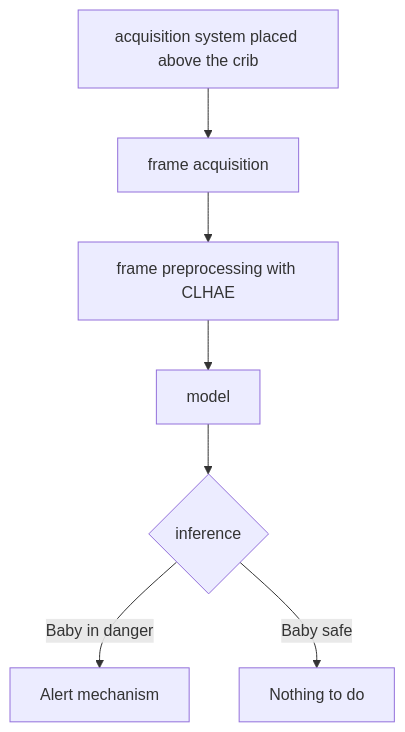
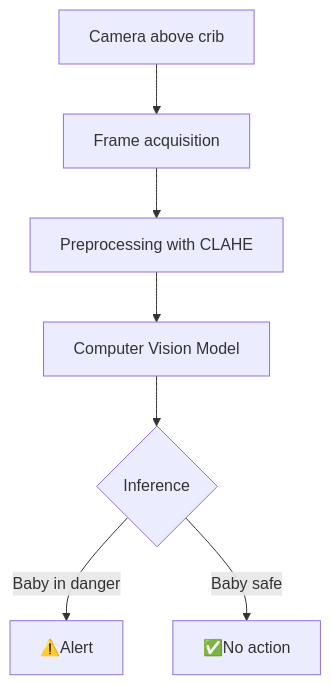
One commit to Lori-in-the-clouds/SIDS_revelation_project changed the first of 2 diagrams in README.md. Above: the diagram before and after it, drawn with Mermaid. The commit also changed other lines of this file and 3 other files, not shown here.

````diff
--- a/README.md
+++ b/README.md
@@ -31,9 +38,9 @@
 ```mermaid
 flowchart TD
-  A[acquisition system placed above the crib] --> B[frame acquisition]
-  B --> C[frame preprocessing with CLHAE]
-  C --> D[model]
-  D --> G{inference}
-  G -->|Baby in danger| H[Alert mechanism]
-  G -->|Baby safe| I[Nothing to do]
+  A[Camera above crib] --> B[Frame acquisition]
+  B --> C[Preprocessing with CLAHE]
+  C --> D[Computer Vision Model]
+  D --> G{Inference}
+  G -->|Baby in danger| H[⚠️Alert]
+  G -->|Baby safe| I[✅No action]
 ```
````
